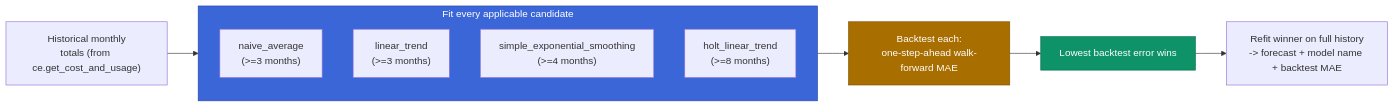
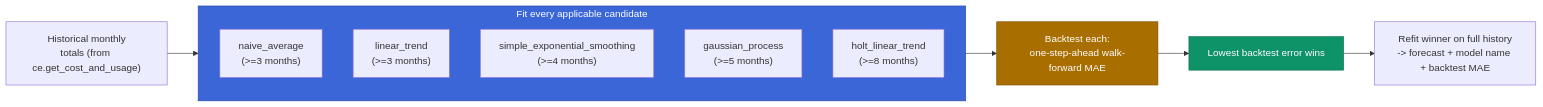
One commit to j-jayasuriyan/cloud_cost_deepagent changed the eighth of 8 diagrams in documentation/Architecture.md. Above: the diagram before and after it, drawn with Mermaid. The commit also changed other lines of this file and 7 other files, not shown here.

````diff
--- a/documentation/Architecture.md
+++ b/documentation/Architecture.md
@@ -434,20 +440,21 @@
 ```mermaid
 flowchart LR
     H["Historical monthly\ntotals (from ce.get_cost_and_usage)"] --> FIT
 
     subgraph FIT["Fit every applicable candidate"]
         direction TB
         N["naive_average\n(>=3 months)"]
         L["linear_trend\n(>=3 months)"]
         S["simple_exponential_smoothing\n(>=4 months)"]
+        G["gaussian_process\n(>=5 months)"]
         HO["holt_linear_trend\n(>=8 months)"]
     end
 
     FIT --> BT["Backtest each:\none-step-ahead walk-forward MAE"]
     BT --> PICK["Lowest backtest error wins"]
     PICK --> OUT["Refit winner on full history\n-> forecast + model name + backtest MAE"]
 
     style FIT fill:#3a66d8,stroke:#2848a8,color:#fff
     style BT fill:#a86e00,stroke:#7a5000,color:#fff
     style PICK fill:#0e9267,stroke:#0a6b4c,color:#fff
 ```
````
